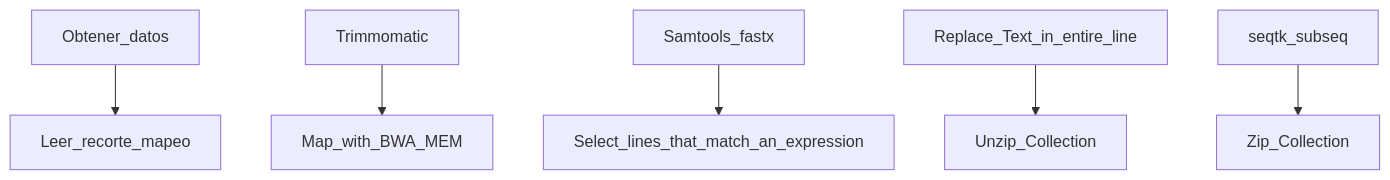
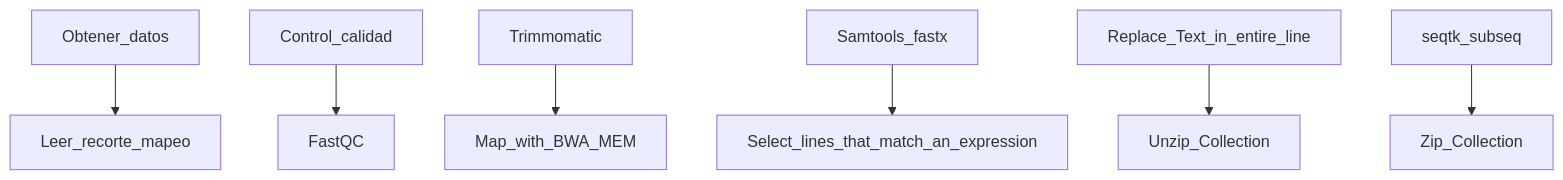
One commit to joe9019/Omicas_G6 changed the diagram in README.md. Above: the diagram before and after it, drawn with Mermaid.

````diff
--- a/README.md
+++ b/README.md
@@ -36,8 +36,9 @@
 ```mermaid
 graph TD;
     Obtener_datos--> Leer_recorte_mapeo;
+    Control_calidad-->FastQC;
     Trimmomatic-->Map_with_BWA_MEM;
     Samtools_fastx  -->Select_lines_that_match_an_expression;
     Replace_Text_in_entire_line -->Unzip_Collection;
     seqtk_subseq -->Zip_Collection;
 ```
````
